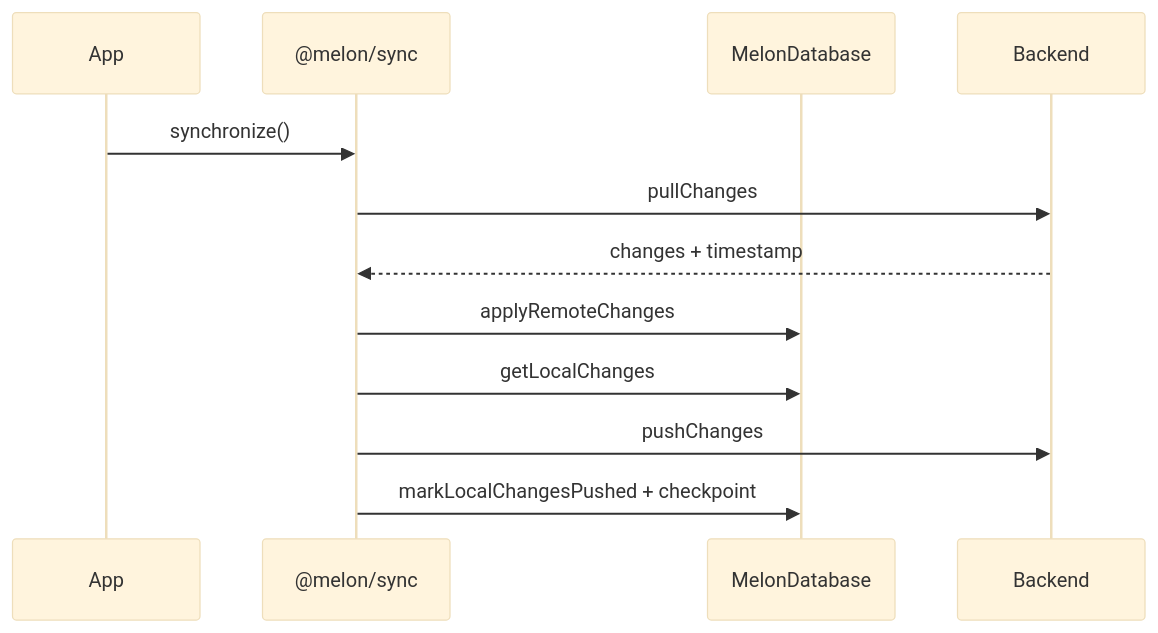
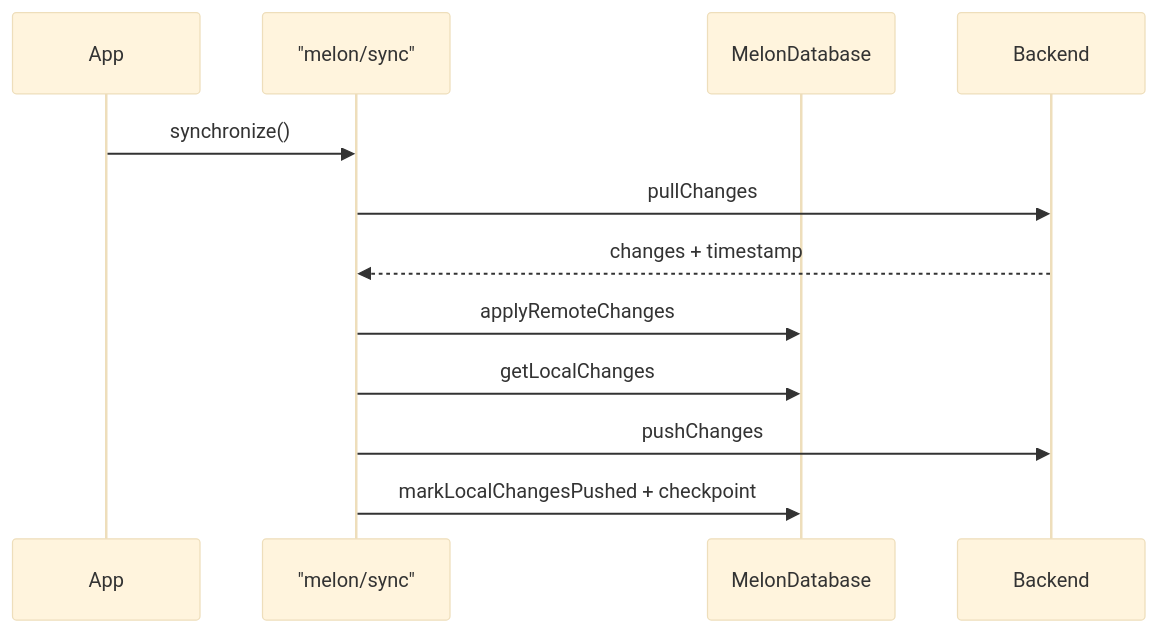
One commit to nwnichols02/melon-db changed the second of 3 diagrams in apps/docs/content/docs/architecture/sync.mdx. Above: the diagram before and after it, drawn with Mermaid (base theme). The commit also changed other lines of this file and 10 other files, not shown here.

First line of the commit message:
Enhance Mermaid integration and update documentation

````diff
--- a/apps/docs/content/docs/architecture/sync.mdx
+++ b/apps/docs/content/docs/architecture/sync.mdx
@@ -44,15 +44,15 @@
 ```mermaid
 sequenceDiagram
   participant App
-  participant Sync as @melon/sync
+  participant Sync as "melon/sync"
   participant DB as MelonDatabase
   participant Backend
 
   App->>Sync: synchronize()
   Sync->>Backend: pullChanges
   Backend-->>Sync: changes + timestamp
   Sync->>DB: applyRemoteChanges
   Sync->>DB: getLocalChanges
   Sync->>Backend: pushChanges
   Sync->>DB: markLocalChangesPushed + checkpoint
 ```
````
